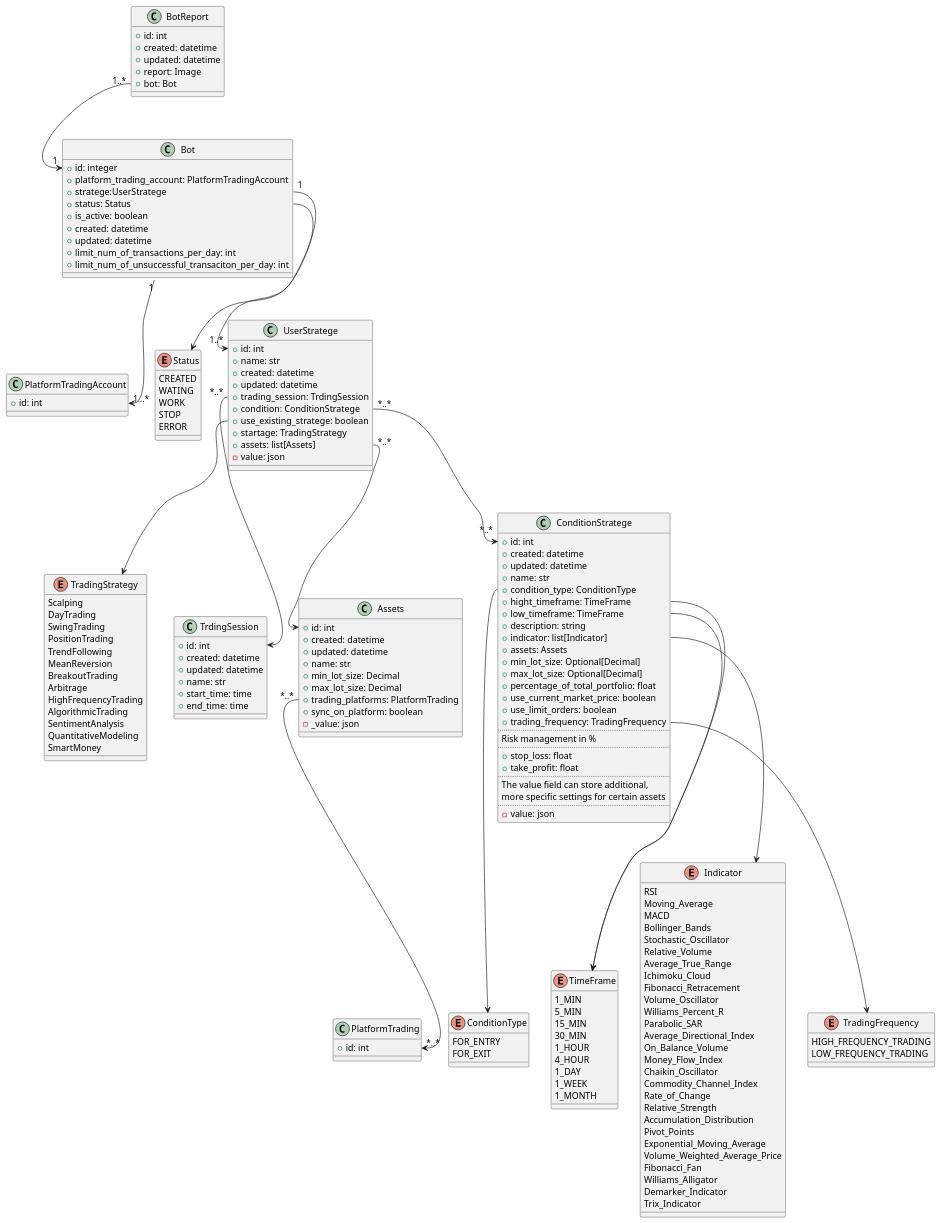
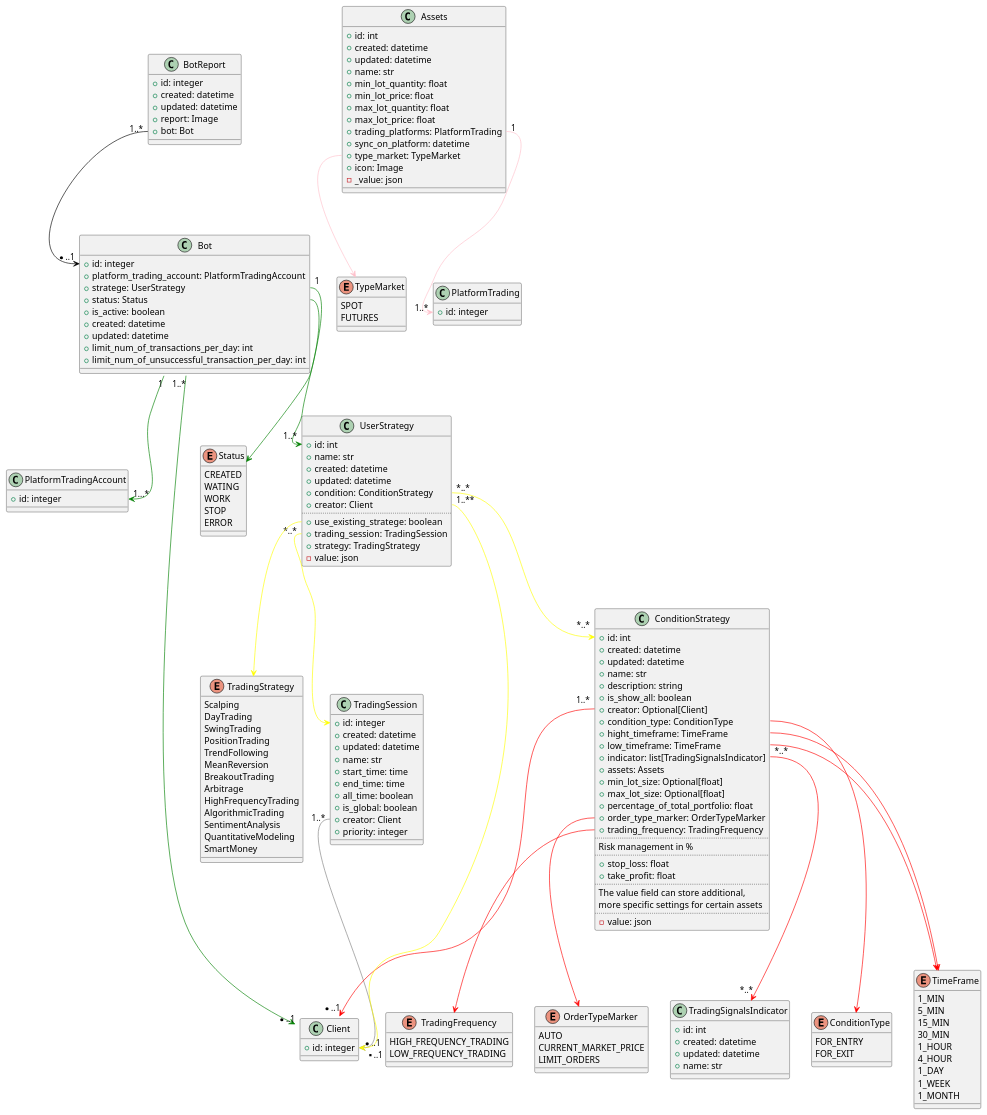
Before and after one commit to Nikolaj9596/BaseKnowledge-: the diagram in Projects/My Pet Project/Api Server /Bot App/Architecture Bot App.md, drawn with PlantUML. The commit also changed 1 other file, not shown here.

Commit message:
vault backup: 2023-11-27 23:58:25

````diff
--- a/Projects/My Pet Project/Api Server /Bot App/Architecture Bot App.md
+++ b/Projects/My Pet Project/Api Server /Bot App/Architecture Bot App.md
@@ -27,36 +27,6 @@
   1_MONTH
 }
 
-enum Indicator {
-  RSI
-  Moving_Average
-  MACD
-  Bollinger_Bands
-  Stochastic_Oscillator
-  Relative_Volume
-  Average_True_Range
-  Ichimoku_Cloud
-  Fibonacci_Retracement
-  Volume_Oscillator
-  Williams_Percent_R
-  Parabolic_SAR
-  Average_Directional_Index
-  On_Balance_Volume
-  Money_Flow_Index
-  Chaikin_Oscillator
-  Commodity_Channel_Index
-  Rate_of_Change
-  Relative_Strength
-  Accumulation_Distribution
-  Pivot_Points
-  Exponential_Moving_Average
-  Volume_Weighted_Average_Price
-  Fibonacci_Fan
-  Williams_Alligator
-  Demarker_Indicator
-  Trix_Indicator
-}
-
 enum TradingStrategy {
   Scalping
   DayTrading
@@ -73,27 +43,46 @@
   SmartMoney
 }
 
+enum TypeMarket{
+  SPOT
+  FUTURES
+}
+
 
 enum TradingFrequency{
   HIGH_FREQUENCY_TRADING
   LOW_FREQUENCY_TRADING
 }
 
+enum OrderTypeMarker{
+  AUTO
+  CURRENT_MARKET_PRICE
+  LIMIT_ORDERS
+}
+
 class PlatformTradingAccount{
-  + id: int
+  + id: integer
 }
 
 class PlatformTrading{
-  + id: int
+  + id: integer
 }
 
-class TrdingSession{
-  + id: int
+class Client{
+  + id: integer
+}
+
+class TradingSession{
+  + id: integer
   + created: datetime
   + updated: datetime
   + name: str
   + start_time: time
   + end_time: time
+  + all_time: boolean
+  + is_global: boolean
+  + creator: Client
+  + priority: integer
 }
 
 class Assets{
@@ -101,29 +90,41 @@
   + created: datetime
   + updated: datetime
   + name: str
-  + min_lot_size: Decimal
-  + max_lot_size: Decimal
+  + min_lot_quantity: float 
+  + min_lot_price: float
+  + max_lot_quantity: float
+  + max_lot_price: float
   + trading_platforms: PlatformTrading
-  + sync_on_platform: boolean
+  + sync_on_platform: datetime 
+  + type_market: TypeMarket
+  + icon: Image
   - _value: json
 }
 
-class ConditionStratege{
+class TradingSignalsIndicator{
   + id: int
   + created: datetime
   + updated: datetime
   + name: str
+}
+
+class ConditionStrategy{
+  + id: int
+  + created: datetime
+  + updated: datetime
+  + name: str
+  + description: string
+  + is_show_all: boolean
+  + creator: Optional[Client]
   + condition_type: ConditionType
   + hight_timeframe: TimeFrame
   + low_timeframe: TimeFrame
-  + description: string
-  + indicator: list[Indicator]
+  + indicator: list[TradingSignalsIndicator]
   + assets: Assets
-  + min_lot_size: Optional[Decimal]
-  + max_lot_size: Optional[Decimal]
+  + min_lot_size: Optional[float]
+  + max_lot_size: Optional[float]
   + percentage_of_total_portfolio: float
-  + use_current_market_price: boolean
-  + use_limit_orders: boolean
+  + order_type_marker: OrderTypeMarker
   + trading_frequency: TradingFrequency
   ....
   Risk management in %
@@ -137,21 +138,22 @@
   - value: json
 }
 
-class UserStratege{
+class UserStrategy{
   + id: int
   + name: str
   + created: datetime
   + updated: datetime
-  + trading_session: TrdingSession
-  + condition: ConditionStratege
+  + condition: ConditionStrategy
+  + creator: Client
+  ....
   + use_existing_stratege: boolean
-  + startage: TradingStrategy
-  + assets: list[Assets]
+  + trading_session: TradingSession
+  + strategy: TradingStrategy
   - value: json
 }
 
 class BotReport{
-  + id: int
+  + id: integer
   + created: datetime
   + updated: datetime
   + report: Image
@@ -161,34 +163,37 @@
 class Bot {
   + id: integer
   + platform_trading_account: PlatformTradingAccount
-  + stratege:UserStratege 
+  + stratege: UserStrategy 
   + status: Status
   + is_active: boolean
   + created: datetime
   + updated: datetime
   + limit_num_of_transactions_per_day: int
-  + limit_num_of_unsuccessful_transaciton_per_day: int
+  + limit_num_of_unsuccessful_transaction_per_day: int
 }
 
-Bot::paltform_trading_account "1"-->"1...*" PlatformTradingAccount::id
-Bot::stratege "1"-->"1..*" UserStratege::id
-Bot::status --> Status
+Bot::paltform_trading_account "1"-[#green]->"1...*" PlatformTradingAccount::id
+Bot::stratege "1"-[#green]->"1..*" UserStrategy::id
+Bot::status -[#green]-> Status
+Bot::owner "1..*"-[#green]->"*..1" Client 
 
-BotReport::bot "1..*"-->"1" Bot::id
-Assets::trading_platforms"*..*"-->"*..*"PlatformTrading::id
+BotReport::bot "1..*"-[#black]->"*..1" Bot::id
+TradingSession::creator "1..*"-[#gray]->"*..1" Client::id
+Assets::trading_platform "1"-[#pink]->"1..*"PlatformTrading::id
+Assets::type_market-[#pink]->TypeMarket
 
-ConditionStratege::condition_type --> ConditionType
-ConditionStratege::hight_timeframe --> TimeFrame
-ConditionStratege::low_timeframe --> TimeFrame
-ConditionStratege::indicator --> Indicator 
-ConditionStratege::trading_frequency --> TradingFrequency 
+ConditionStrategy::condition_type -[#red]-> ConditionType
+ConditionStrategy::hight_timeframe -[#red]-> TimeFrame
+ConditionStrategy::low_timeframe -[#red]-> TimeFrame
+ConditionStrategy::indicator "*..*"-[#red]->"*..*" TradingSignalsIndicator 
+ConditionStrategy::trading_frequency -[#red]-> TradingFrequency 
+ConditionStrategy::order_type_marker -[#red]-> OrderTypeMarker
+ConditionStrategy::creator "1..*" -[#red]-> "*..1"Client
 
-UserStratege::trading_session "*..*"-->TrdingSession::id
-UserStratege::assets "*..*"-->Assets::id
-UserStratege::condition "*..*"-->"*..*"ConditionStratege::id
-UserStratege::stratege --> TradingStrategy
-
+UserStrategy::trading_session "*..*"-[#yellow]->TradingSession::id
+UserStrategy::condition "*..*"-[#yellow]->"*..*"ConditionStrategy::id
+UserStrategy::stratege -[#yellow]-> TradingStrategy
+UserStrategy::creator "1..**"-[#yellow]->"**..1" Client::id
 
 @enduml
-
 ```
````
